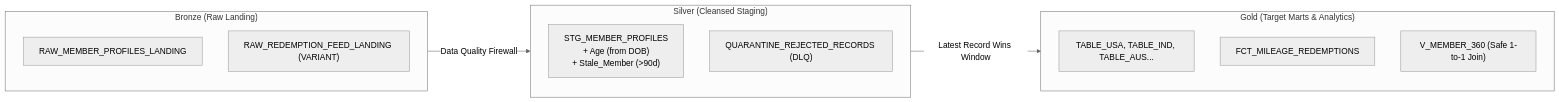
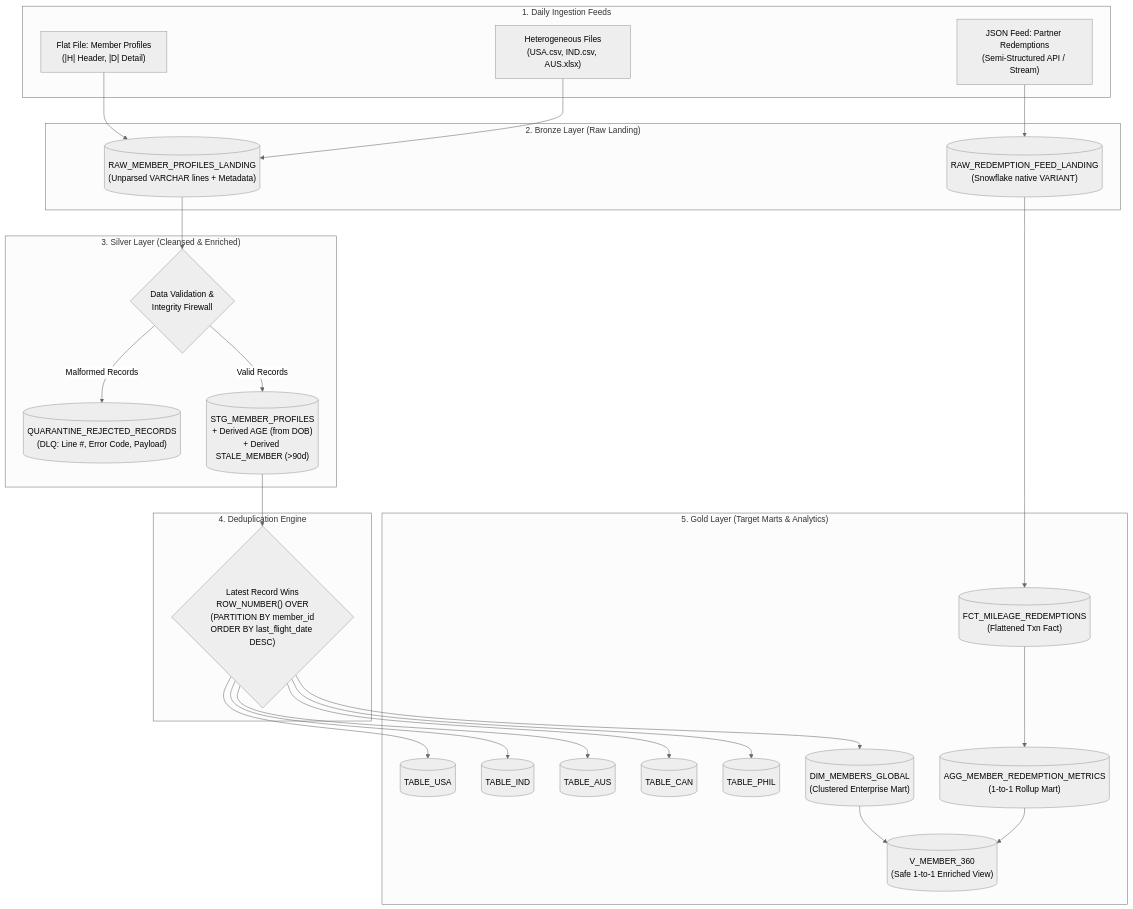
The diagram in README.md (siraj2001/assesment), drawn with Mermaid (neutral theme) before and after one commit. The commit also changed other lines of this file, not shown here.

````diff
--- a/README.md
+++ b/README.md
@@ -37,19 +70,53 @@
 ```mermaid
-flowchart LR
-    subgraph Bronze ["Bronze (Raw Landing)"]
-        B1["RAW_MEMBER_PROFILES_LANDING"]
-        B2["RAW_REDEMPTION_FEED_LANDING (VARIANT)"]
-    end
-    subgraph Silver ["Silver (Cleansed Staging)"]
-        S1["STG_MEMBER_PROFILES\n+ Age (from DOB)\n+ Stale_Member (>90d)"]
-        Q["QUARANTINE_REJECTED_RECORDS (DLQ)"]
-    end
-    subgraph Gold ["Gold (Target Marts & Analytics)"]
-        G1["TABLE_USA, TABLE_IND, TABLE_AUS..."]
-        G2["FCT_MILEAGE_REDEMPTIONS"]
-        G3["V_MEMBER_360 (Safe 1-to-1 Join)"]
+flowchart TD
+    subgraph Sources ["1. Daily Ingestion Feeds"]
+        S1["Flat File: Member Profiles\n(|H| Header, |D| Detail)"]
+        S2["JSON Feed: Partner Redemptions\n(Semi-Structured API / Stream)"]
+        S3["Heterogeneous Files\n(USA.csv, IND.csv, AUS.xlsx)"]
     end
 
-    Bronze -->|Data Quality Firewall| Silver
-    Silver -->|Latest Record Wins Window| Gold
+    subgraph Bronze ["2. Bronze Layer (Raw Landing)"]
+        B1[("RAW_MEMBER_PROFILES_LANDING\n(Unparsed VARCHAR lines + Metadata)")]
+        B2[("RAW_REDEMPTION_FEED_LANDING\n(Snowflake native VARIANT)")]
+    end
+
+    subgraph Silver ["3. Silver Layer (Cleansed & Enriched)"]
+        V1{"Data Validation &\nIntegrity Firewall"}
+        Q[("QUARANTINE_REJECTED_RECORDS\n(DLQ: Line #, Error Code, Payload)")]
+        S_STG[("STG_MEMBER_PROFILES\n+ Derived AGE (from DOB)\n+ Derived STALE_MEMBER (>90d)")]
+    end
+
+    subgraph Dedup ["4. Deduplication Engine"]
+        D1{"Latest Record Wins\nROW_NUMBER() OVER\n(PARTITION BY member_id\nORDER BY last_flight_date DESC)"}
+    end
+
+    subgraph Gold ["5. Gold Layer (Target Marts & Analytics)"]
+        G_USA[("TABLE_USA")]
+        G_IND[("TABLE_IND")]
+        G_AUS[("TABLE_AUS")]
+        G_CAN[("TABLE_CAN")]
+        G_PHIL[("TABLE_PHIL")]
+        G_GLOBAL[("DIM_MEMBERS_GLOBAL\n(Clustered Enterprise Mart)")]
+        F_RED[("FCT_MILEAGE_REDEMPTIONS\n(Flattened Txn Fact)")]
+        A_RED[("AGG_MEMBER_REDEMPTION_METRICS\n(1-to-1 Rollup Mart)")]
+        V_360[("V_MEMBER_360\n(Safe 1-to-1 Enriched View)")]
+    end
+
+    S1 --> B1
+    S3 --> B1
+    S2 --> B2
+    B1 --> V1
+    V1 -- "Malformed Records" --> Q
+    V1 -- "Valid Records" --> S_STG
+    S_STG --> D1
+    D1 --> G_USA
+    D1 --> G_IND
+    D1 --> G_AUS
+    D1 --> G_CAN
+    D1 --> G_PHIL
+    D1 --> G_GLOBAL
+    B2 --> F_RED
+    F_RED --> A_RED
+    G_GLOBAL --> V_360
+    A_RED --> V_360
 ```
````
